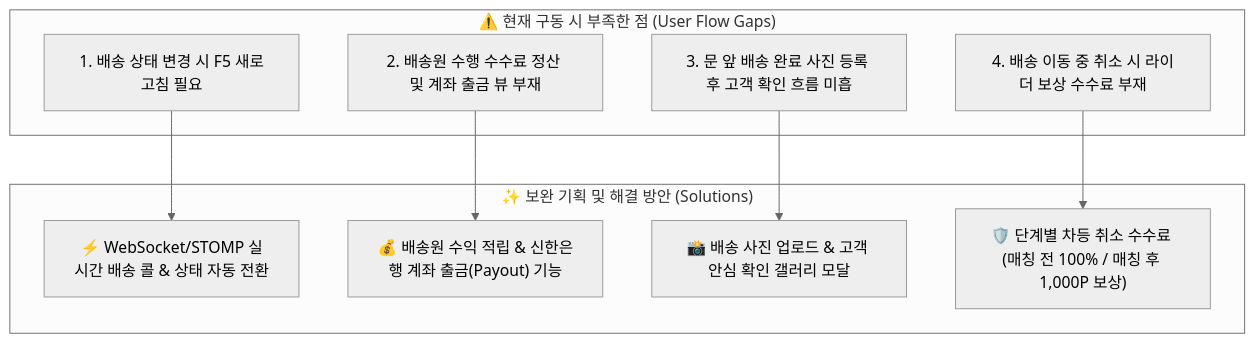
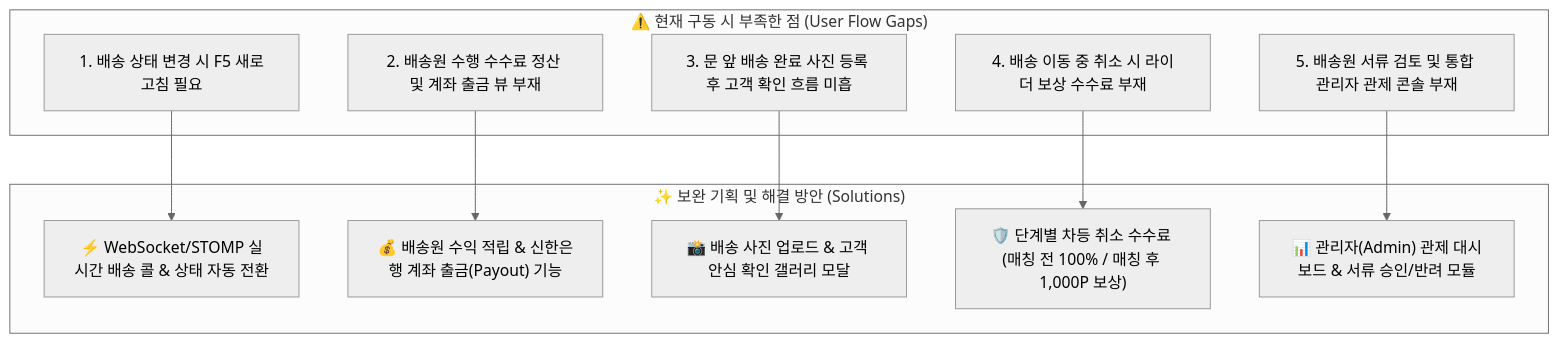
Before and after one commit to ShinhanDSProject/shinhan-delivery: the first of 2 diagrams in docs/architecture/프로덕트-고도화-및-유저플로우-보완-기획서.md, drawn with Mermaid (neutral theme). The commit also changed other lines of this file, not shown here.

Commit message:
docs: 프로덕트 고도화 기획서에 관리자(Admin) 콘솔 4대 기능 명세 추가

````diff
--- a/docs/architecture/프로덕트-고도화-및-유저플로우-보완-기획서.md
+++ b/docs/architecture/프로덕트-고도화-및-유저플로우-보완-기획서.md
@@ -31,21 +32,24 @@
 ```mermaid
 flowchart TD
     subgraph CurrentGaps ["⚠️ 현재 구동 시 부족한 점 (User Flow Gaps)"]
         G1["1. 배송 상태 변경 시 F5 새로고침 필요"]
         G2["2. 배송원 수행 수수료 정산 및 계좌 출금 뷰 부재"]
         G3["3. 문 앞 배송 완료 사진 등록 후 고객 확인 흐름 미흡"]
         G4["4. 배송 이동 중 취소 시 라이더 보상 수수료 부재"]
+        G5["5. 배송원 서류 검토 및 통합 관리자 관제 콘솔 부재"]
     end
 
     subgraph Solutions ["✨ 보완 기획 및 해결 방안 (Solutions)"]
         S1["⚡ WebSocket/STOMP 실시간 배송 콜 & 상태 자동 전환"]
         S2["💰 배송원 수익 적립 & 신한은행 계좌 출금(Payout) 기능"]
         S3["📸 배송 사진 업로드 & 고객 안심 확인 갤러리 모달"]
         S4["🛡️ 단계별 차등 취소 수수료 (매칭 전 100% / 매칭 후 1,000P 보상)"]
+        S5["📊 관리자(Admin) 관제 대시보드 & 서류 승인/반려 모듈"]
     end
 
     G1 --> S1
     G2 --> S2
     G3 --> S3
     G4 --> S4
+    G5 --> S5
 ```
````
